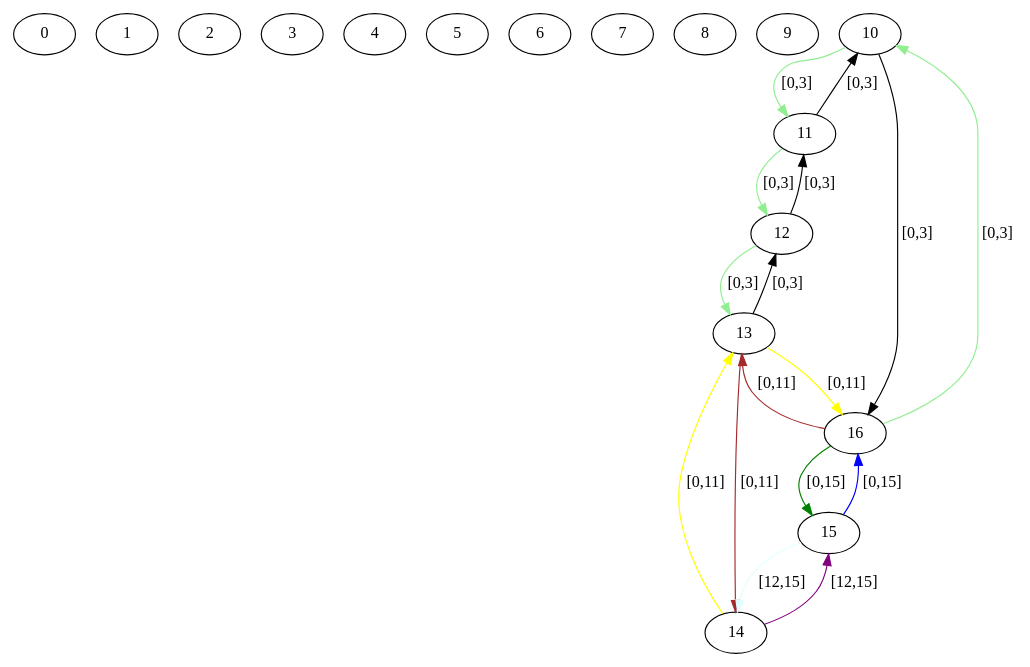
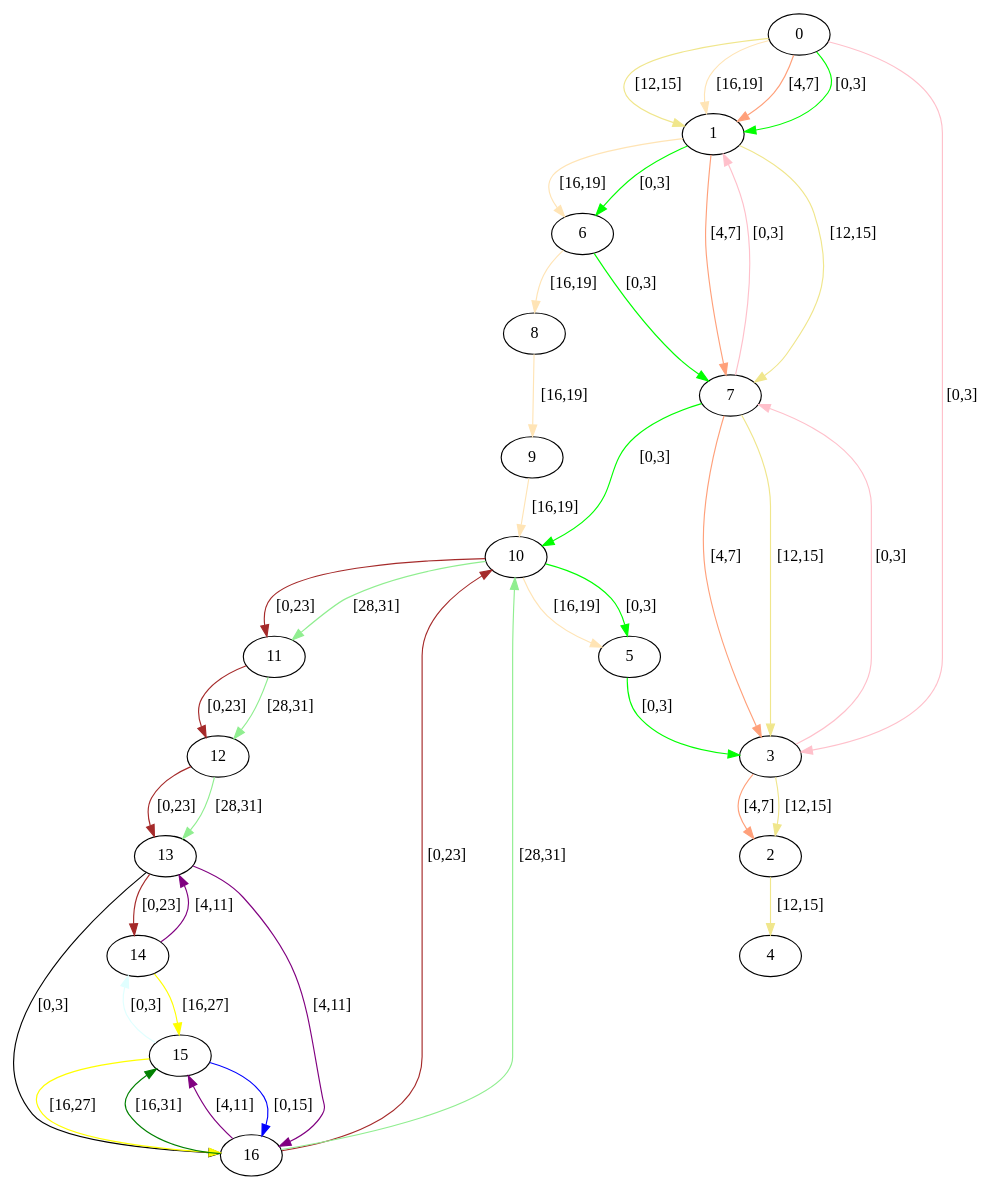
The diagram in src/assignedGraphs/assigned.dot (Hebbe1234/ExpectAll), drawn with Graphviz before and after one commit. The commit also changed 4 other files, not shown here.

```diff
--- a/src/assignedGraphs/assigned.dot
+++ b/src/assignedGraphs/assigned.dot
@@ -1,35 +1,61 @@
 digraph  {
 0 [label=0];
 1 [label=1];
 2 [label=2];
 3 [label=3];
 4 [label=4];
 5 [label=5];
 6 [label=6];
 7 [label=7];
 8 [label=8];
 9 [label=9];
 10 [label=10];
 11 [label=11];
 12 [label=12];
 13 [label=13];
 14 [label=14];
 15 [label=15];
 16 [label=16];
-10 -> 16  [color=black, key=0, label="[0,3]"];
-10 -> 11  [color=lightgreen, key=0, label="[0,3]"];
-11 -> 10  [color=black, key=0, label="[0,3]"];
-11 -> 12  [color=lightgreen, key=0, label="[0,3]"];
-12 -> 11  [color=black, key=0, label="[0,3]"];
-12 -> 13  [color=lightgreen, key=0, label="[0,3]"];
-13 -> 16  [color=yellow, key=0, label="[0,11]"];
-13 -> 14  [color=brown, key=0, label="[0,11]"];
-13 -> 12  [color=black, key=0, label="[0,3]"];
-14 -> 13  [color=yellow, key=0, label="[0,11]"];
-14 -> 15  [color=purple, key=0, label="[12,15]"];
+0 -> 3  [color=pink, key=0, label="[0,3]"];
+0 -> 1  [color=lightsalmon, key=0, label="[4,7]"];
+0 -> 1  [color=lime, key=1, label="[0,3]"];
+0 -> 1  [color=khaki, key=2, label="[12,15]"];
+0 -> 1  [color=moccasin, key=3, label="[16,19]"];
+1 -> 7  [color=lightsalmon, key=0, label="[4,7]"];
+1 -> 7  [color=khaki, key=1, label="[12,15]"];
+1 -> 6  [color=lime, key=0, label="[0,3]"];
+1 -> 6  [color=moccasin, key=1, label="[16,19]"];
+2 -> 4  [color=khaki, key=0, label="[12,15]"];
+3 -> 7  [color=pink, key=0, label="[0,3]"];
+3 -> 2  [color=lightsalmon, key=0, label="[4,7]"];
+3 -> 2  [color=khaki, key=1, label="[12,15]"];
+5 -> 3  [color=lime, key=0, label="[0,3]"];
+6 -> 7  [color=lime, key=0, label="[0,3]"];
+6 -> 8  [color=moccasin, key=0, label="[16,19]"];
+7 -> 1  [color=pink, key=0, label="[0,3]"];
+7 -> 3  [color=lightsalmon, key=0, label="[4,7]"];
+7 -> 3  [color=khaki, key=1, label="[12,15]"];
+7 -> 10  [color=lime, key=0, label="[0,3]"];
+8 -> 9  [color=moccasin, key=0, label="[16,19]"];
+9 -> 10  [color=moccasin, key=0, label="[16,19]"];
+10 -> 11  [color=brown, key=0, label="[0,23]"];
+10 -> 11  [color=lightgreen, key=1, label="[28,31]"];
+10 -> 5  [color=lime, key=0, label="[0,3]"];
+10 -> 5  [color=moccasin, key=1, label="[16,19]"];
+11 -> 12  [color=brown, key=0, label="[0,23]"];
+11 -> 12  [color=lightgreen, key=1, label="[28,31]"];
+12 -> 13  [color=brown, key=0, label="[0,23]"];
+12 -> 13  [color=lightgreen, key=1, label="[28,31]"];
+13 -> 14  [color=brown, key=0, label="[0,23]"];
+13 -> 16  [color=black, key=0, label="[0,3]"];
+13 -> 16  [color=purple, key=1, label="[4,11]"];
+14 -> 15  [color=yellow, key=0, label="[16,27]"];
+14 -> 13  [color=purple, key=0, label="[4,11]"];
 15 -> 16  [color=blue, key=0, label="[0,15]"];
-15 -> 14  [color=lightcyan, key=0, label="[12,15]"];
-16 -> 15  [color=green, key=0, label="[0,15]"];
-16 -> 13  [color=brown, key=0, label="[0,11]"];
-16 -> 10  [color=lightgreen, key=0, label="[0,3]"];
+15 -> 16  [color=yellow, key=1, label="[16,27]"];
+15 -> 14  [color=lightcyan, key=0, label="[0,3]"];
+16 -> 15  [color=green, key=0, label="[16,31]"];
+16 -> 15  [color=purple, key=1, label="[4,11]"];
+16 -> 10  [color=brown, key=0, label="[0,23]"];
+16 -> 10  [color=lightgreen, key=1, label="[28,31]"];
 }
```
